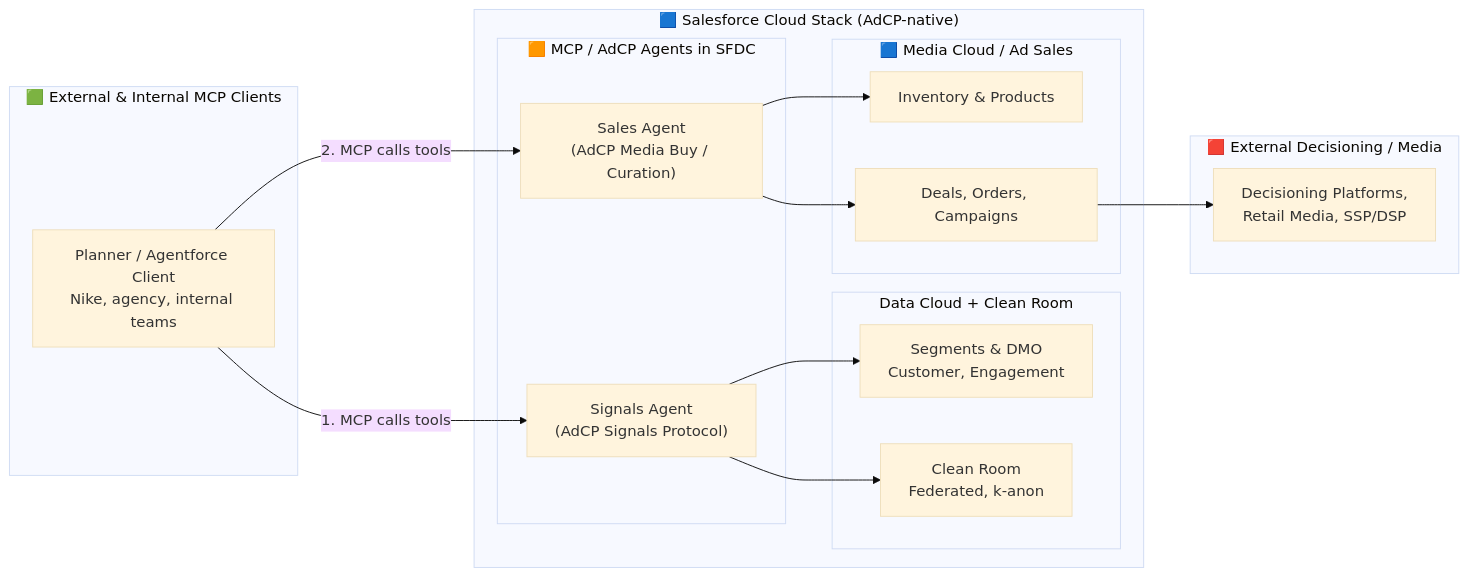
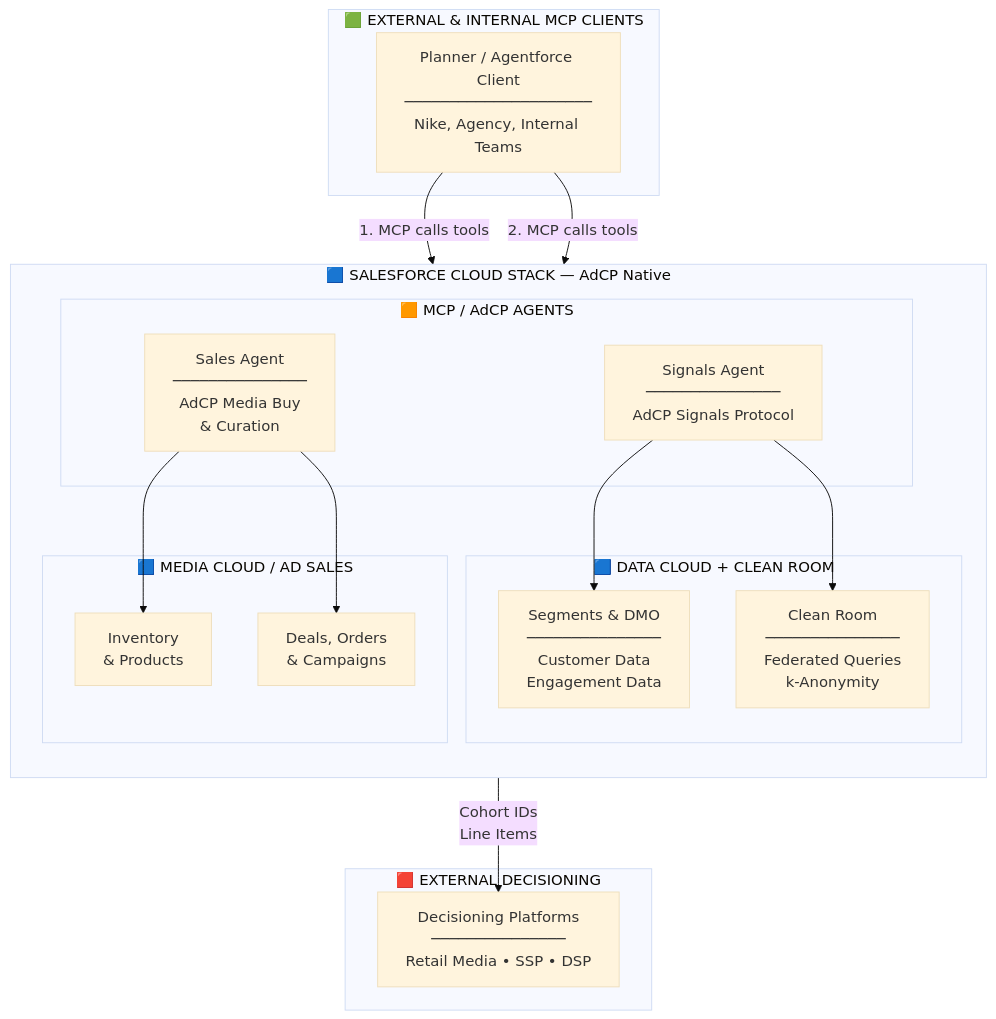
The third of 6 diagrams in ADCP_DATACLOUD_INTEGRATION_PATTERNS.md (arupsarkar-sfdc/admcp-media-app), drawn with Mermaid (base theme) before and after one commit. The commit also changed other lines of this file, not shown here.

Commit message:
Fix: Cleaned up the texts in the diagrams

````diff
--- a/ADCP_DATACLOUD_INTEGRATION_PATTERNS.md
+++ b/ADCP_DATACLOUD_INTEGRATION_PATTERNS.md
@@ -90,37 +107,39 @@
 ```mermaid
-flowchart LR
-    subgraph Clients["🟩 External & Internal MCP Clients"]
-        NIKE[Planner / Agentforce Client<br/>Nike, agency, internal teams]
+flowchart TB
+    subgraph CLIENTS ["🟩 EXTERNAL & INTERNAL MCP CLIENTS"]
+        NIKE["Planner / Agentforce Client<br/>─────────────────────<br/>Nike, Agency, Internal Teams"]
     end
 
-    subgraph SFDC["🟦 Salesforce Cloud Stack (AdCP-native)"]
-        subgraph Data["Data Cloud + Clean Room"]
-            SEG[Segments & DMO<br/>Customer, Engagement]
-            CR[Clean Room<br/>Federated, k-anon]
+    subgraph SFDC ["🟦 SALESFORCE CLOUD STACK — AdCP Native"]
+        direction TB
+        
+        subgraph AGENTS ["🟧 MCP / AdCP AGENTS"]
+            SF_SIG["Signals Agent<br/>───────────────<br/>AdCP Signals Protocol"]
+            SF_SALES["Sales Agent<br/>───────────────<br/>AdCP Media Buy<br/>& Curation"]
         end
 
-        subgraph Agents["🟧 MCP / AdCP Agents in SFDC"]
-            SF_SIG["Signals Agent<br/>(AdCP Signals Protocol)"]
-            SF_SALES["Sales Agent<br/>(AdCP Media Buy / Curation)"]
+        subgraph DATACLOUD ["🟦 DATA CLOUD + CLEAN ROOM"]
+            SEG["Segments & DMO<br/>───────────────<br/>Customer Data<br/>Engagement Data"]
+            CR["Clean Room<br/>───────────────<br/>Federated Queries<br/>k-Anonymity"]
         end
 
-        subgraph MediaCloud["🟦 Media Cloud / Ad Sales"]
-            INV[Inventory & Products]
-            DEAL[Deals, Orders, Campaigns]
+        subgraph MEDIACLOUD ["🟦 MEDIA CLOUD / AD SALES"]
+            INV["Inventory<br/>& Products"]
+            DEAL["Deals, Orders<br/>& Campaigns"]
         end
     end
 
-    subgraph Dest["🟥 External Decisioning / Media"]
-        DSP[Decisioning Platforms,<br/>Retail Media, SSP/DSP]
+    subgraph DEST ["🟥 EXTERNAL DECISIONING"]
+        DSP["Decisioning Platforms<br/>───────────────<br/>Retail Media • SSP • DSP"]
     end
 
-    NIKE -->|1. MCP calls tools| SF_SIG
-    NIKE -->|2. MCP calls tools| SF_SALES
-
+    NIKE -->|"1. MCP calls tools"| SF_SIG
+    NIKE -->|"2. MCP calls tools"| SF_SALES
+    
     SF_SIG --> SEG
     SF_SIG --> CR
-
+    
     SF_SALES --> INV
     SF_SALES --> DEAL
-    DEAL --> DSP
+    DEAL -->|"Cohort IDs<br/>Line Items"| DSP
 ```
````
